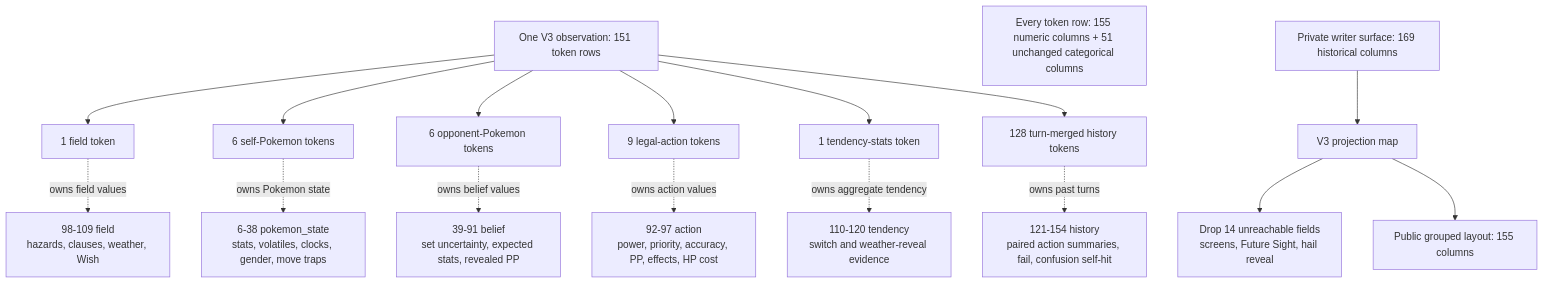
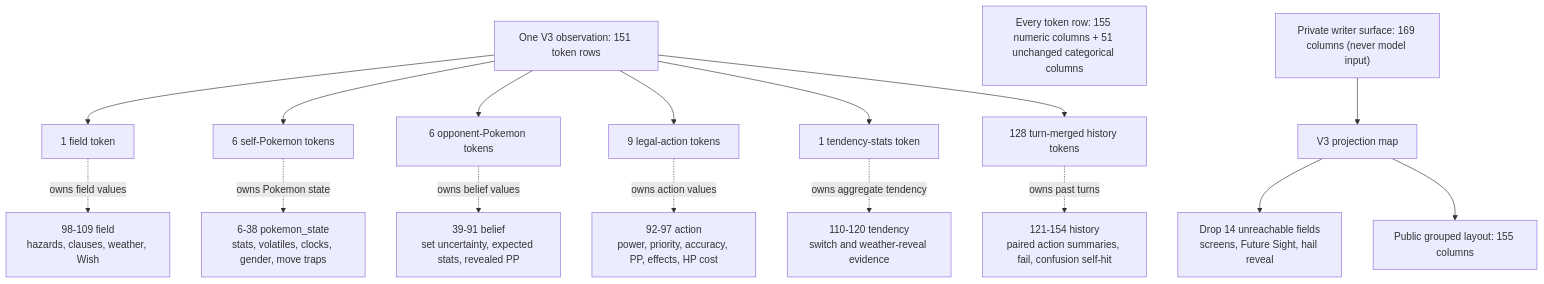
The diagram in docs/observation_v3_spec.md (sfitzgerald-x1/pokezero), drawn with Mermaid before and after one commit. The commit also changed other lines of this file and 14 other files, not shown here.

````diff
--- a/docs/observation_v3_spec.md
+++ b/docs/observation_v3_spec.md
@@ -568,22 +569,22 @@
 ```mermaid
 flowchart TB
     OBS["One V3 observation: 151 token rows"]
     OBS --> FIELD["1 field token"]
     OBS --> SELF["6 self-Pokemon tokens"]
     OBS --> OPP["6 opponent-Pokemon tokens"]
     OBS --> ACTION["9 legal-action tokens"]
     OBS --> STATS["1 tendency-stats token"]
     OBS --> HISTORY["128 turn-merged history tokens"]
 
     ROW["Every token row: 155 numeric columns + 51 unchanged categorical columns"]
     FIELD -. owns field values .-> FIELDGROUP["98-109 field\nhazards, clauses, weather, Wish"]
     SELF -. owns Pokemon state .-> POKEGROUP["6-38 pokemon_state\nstats, volatiles, clocks, gender, move traps"]
     OPP -. owns belief values .-> BELIEFGROUP["39-91 belief\nset uncertainty, expected stats, revealed PP"]
     ACTION -. owns action values .-> ACTIONGROUP["92-97 action\npower, priority, accuracy, PP, effects, HP cost"]
     STATS -. owns aggregate tendency .-> TENDENCYGROUP["110-120 tendency\nswitch and weather-reveal evidence"]
     HISTORY -. owns past turns .-> HISTORYGROUP["121-154 history\npaired action summaries, fail, confusion self-hit"]
 
-    PRIVATE["Private writer surface: 169 historical columns"] --> PROJECT["V3 projection map"]
+    PRIVATE["Private writer surface: 169 columns (never model input)"] --> PROJECT["V3 projection map"]
     PROJECT --> DROP["Drop 14 unreachable fields\nscreens, Future Sight, hail reveal"]
     PROJECT --> PUBLIC["Public grouped layout: 155 columns"]
 ```
````
